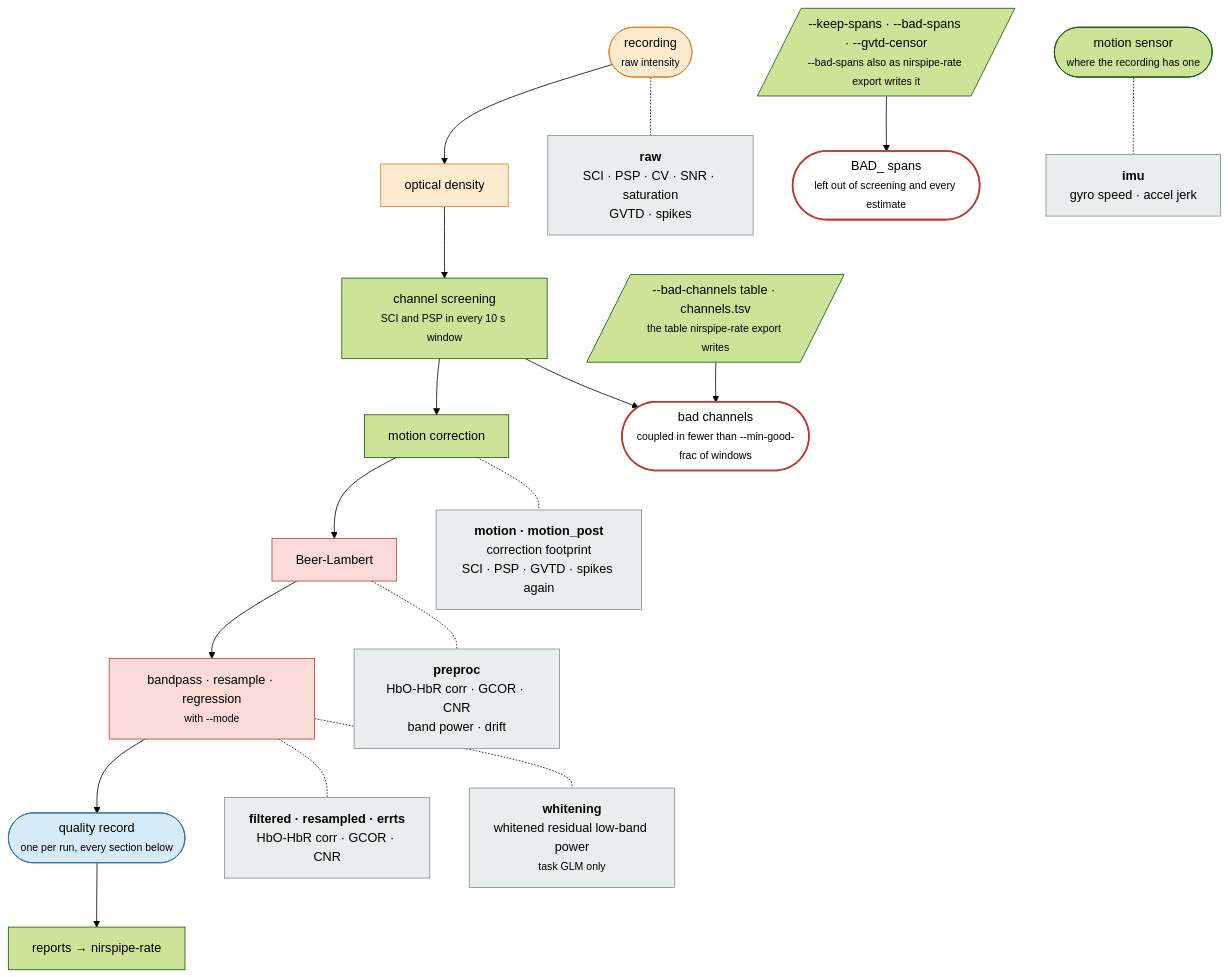
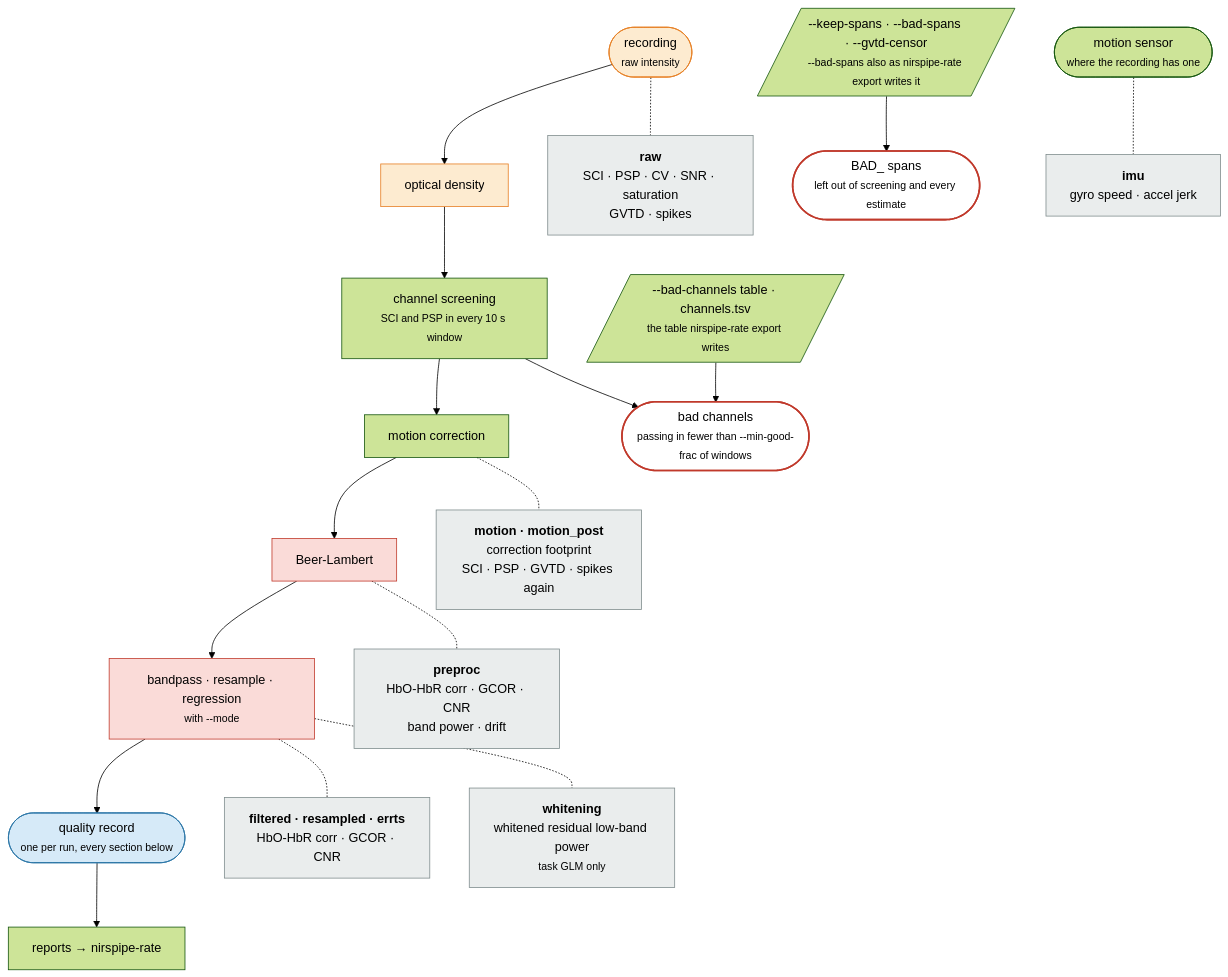
One commit to AU-CONNECT-Lab/NIRSPipe changed the diagram in docs/qc.md. Above: the diagram before and after it, drawn with Mermaid (forest theme). The commit also changed other lines of this file and 2 other files, not shown here.

Commit message:
docs: screening counts windows on SCI alone and draws PSP without a line, PSP on QT-NIRS's scale, the cardiac band by population, an unscreenable recording in the raw reports, --phase-null-shared for both nulls, and --dpf age

````diff
--- a/docs/qc.md
+++ b/docs/qc.md
@@ -48,34 +48,34 @@
 ```mermaid
 flowchart TD
     REC(["recording<br/><small>raw intensity</small>"])
     OD["optical density"]
     SCR["channel screening<br/><small>SCI and PSP in every 10 s window</small>"]
     MC["motion correction"]
     BL["Beer-Lambert"]
     POST["bandpass · resample · regression<br/><small>with --mode</small>"]
     SQM(["quality record<br/><small>one per run, every section below</small>"])
     REP["reports → nirspipe-rate"]
 
     REC --> OD --> SCR --> MC --> BL --> POST --> SQM --> REP
 
     REC -.- M1["<b>raw</b><br/>SCI · PSP · CV · SNR · saturation<br/>GVTD · spikes"]
-    SCR --> BAD(["bad channels<br/><small>coupled in fewer than --min-good-frac of windows</small>"])
+    SCR --> BAD(["bad channels<br/><small>passing in fewer than --min-good-frac of windows</small>"])
     TAB[/"--bad-channels table · channels.tsv<br/><small>the table nirspipe-rate export writes</small>"/] --> BAD
     SPIN[/"--keep-spans · --bad-spans · --gvtd-censor<br/><small>--bad-spans also as nirspipe-rate export writes it</small>"/] --> SPANS(["BAD_ spans<br/><small>left out of screening and every estimate</small>"])
     MC -.- M2["<b>motion · motion_post</b><br/>correction footprint<br/>SCI · PSP · GVTD · spikes again"]
     BL -.- M3["<b>preproc</b><br/>HbO-HbR corr · GCOR · CNR<br/>band power · drift"]
     POST -.- M4["<b>filtered · resampled · errts</b><br/>HbO-HbR corr · GCOR · CNR"]
     POST -.- M6["<b>whitening</b><br/>whitened residual low-band power<br/><small>task GLM only</small>"]
     SENS(["motion sensor<br/><small>where the recording has one</small>"]) -.- M5["<b>imu</b><br/>gyro speed · accel jerk"]
 
     classDef od fill:#fdebd0,stroke:#e67e22
     classDef haemo fill:#fadbd8,stroke:#c0392b
     classDef side fill:#eaeded,stroke:#7f8c8d
     classDef derivative fill:#d6eaf8,stroke:#2874a6
     classDef acts fill:#ffffff,stroke:#c0392b,stroke-width:2px
     class REC,OD od
     class BL,POST haemo
     class M1,M2,M3,M4,M5,M6 side
     class SQM derivative
     class BAD,SPANS acts
 ```
````
